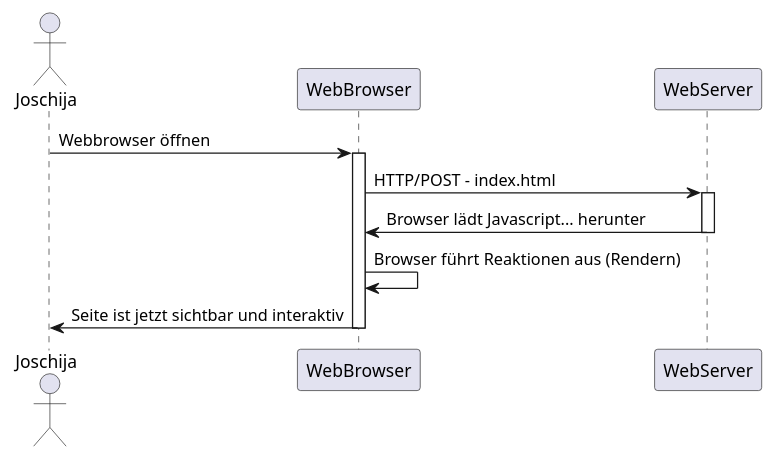
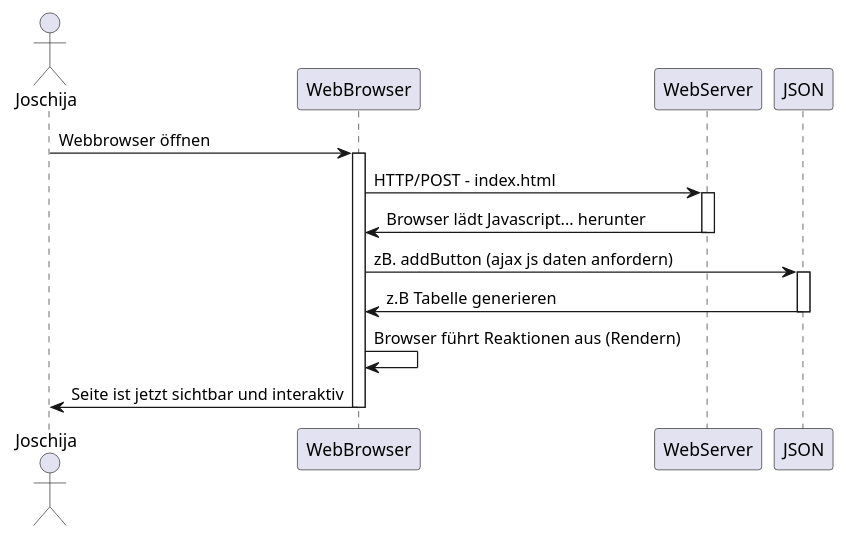
The diagram in docs/lernportfolio/woche4.md (Joschija777/m141-lerndocumentation), drawn with PlantUML before and after one commit. The commit also changed other lines of this file, not shown here.

````diff
--- a/docs/lernportfolio/woche4.md
+++ b/docs/lernportfolio/woche4.md
@@ -11,22 +11,27 @@
 ```plantuml
 
 @startuml
 
 actor Joschija
 participant WebBrowser
 participant WebServer
+participant JSON
 
 
 Joschija -> WebBrowser : Webbrowser öffnen
 activate WebBrowser
 WebBrowser -> WebServer : HTTP/POST - index.html
 activate WebServer
 WebServer -> WebBrowser : Browser lädt Javascript... herunter
 deactivate WebServer
+WebBrowser -> JSON : zB. addButton (ajax js daten anfordern)
+activate JSON
+JSON -> WebBrowser : z.B Tabelle generieren
+deactivate JSON
 WebBrowser -> WebBrowser : Browser führt Reaktionen aus (Rendern)
 WebBrowser -> Joschija : Seite ist jetzt sichtbar und interaktiv
 deactivate WebBrowser
 
 @enduml
 
 ```
````
